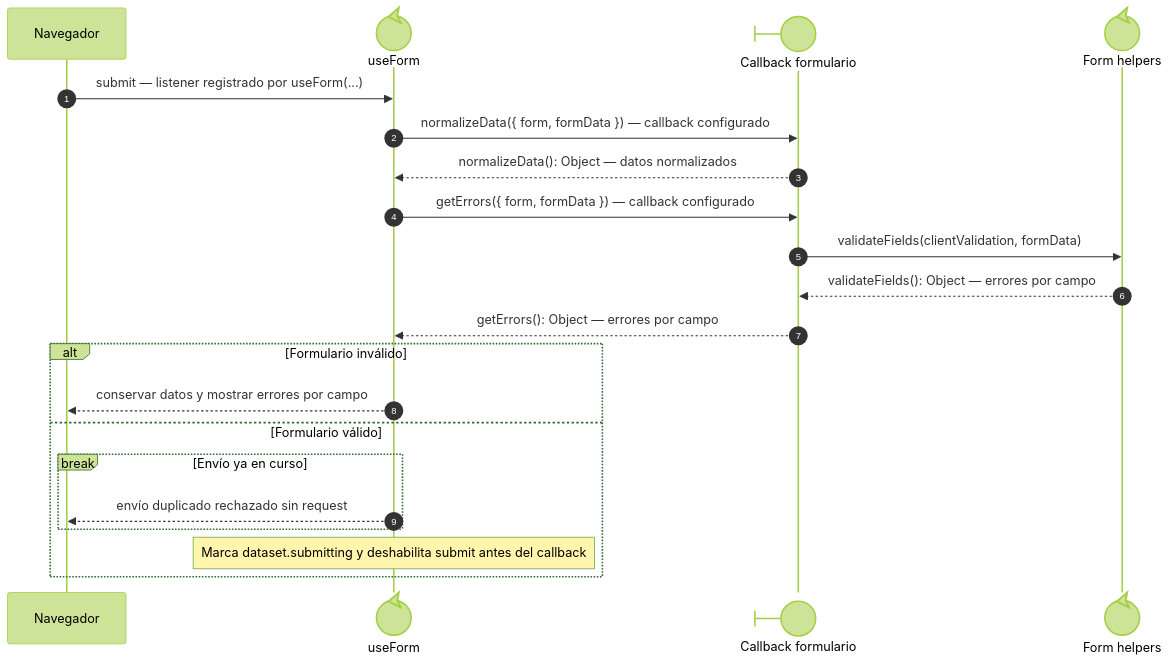
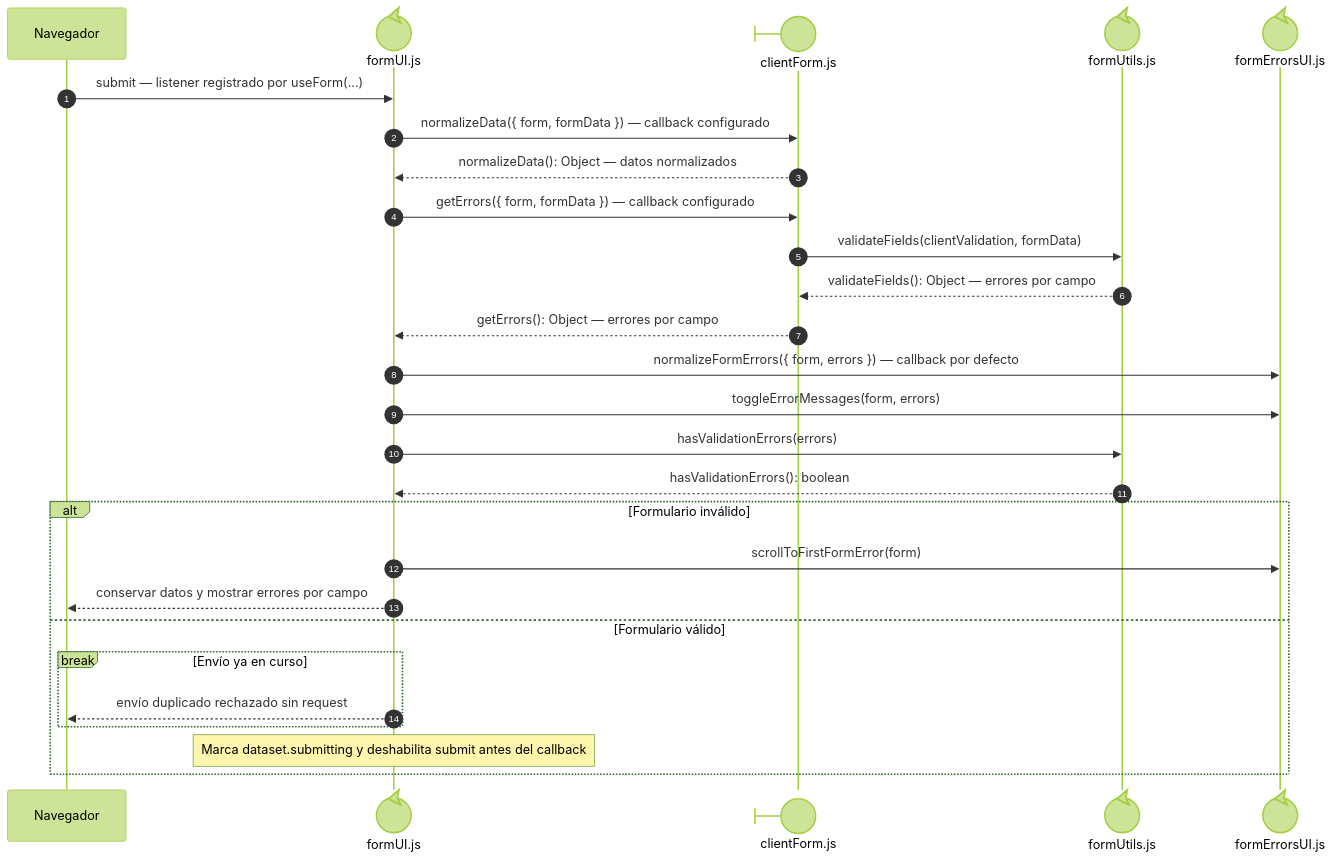
The third of 5 diagrams in docs/architecture/views/processes/frontend-code-sequences/catalogs/cu-cat-06.md (gpgsistemas01/nexus), drawn with Mermaid (forest theme) before and after one commit. The commit also changed other lines of this file and 192 other files, not shown here.

Commit message:
docs: make sequence file ownership explicit and align code flows

````diff
--- a/docs/architecture/views/processes/frontend-code-sequences/catalogs/cu-cat-06.md
+++ b/docs/architecture/views/processes/frontend-code-sequences/catalogs/cu-cat-06.md
@@ -69,24 +160,31 @@
 ```mermaid
 sequenceDiagram
     autonumber
     participant Browser as Navegador
-    participant Form@{ "type": "control" } as useForm
-    participant View@{ "type": "boundary" } as Callback formulario
-    participant FormUtils@{ "type": "control" } as Form helpers
+    participant Form@{ "type": "control" } as formUI.js
+    participant View@{ "type": "boundary" } as clientForm.js
+    participant FormUtils@{ "type": "control" } as formUtils.js
+
+    participant FileFormErrorsUI@{ "type": "control" } as formErrorsUI.js
 
     Browser->>Form: submit — listener registrado por useForm(...)
     Form->>View: normalizeData({ form, formData }) — callback configurado
     View-->>Form: normalizeData(): Object — datos normalizados
     Form->>View: getErrors({ form, formData }) — callback configurado
     View->>FormUtils: validateFields(clientValidation, formData)
     FormUtils-->>View: validateFields(): Object — errores por campo
     View-->>Form: getErrors(): Object — errores por campo
+    Form->>FileFormErrorsUI: normalizeFormErrors({ form, errors }) — callback por defecto
+    Form->>FileFormErrorsUI: toggleErrorMessages(form, errors)
+    Form->>FormUtils: hasValidationErrors(errors)
+    FormUtils-->>Form: hasValidationErrors(): boolean
     alt Formulario inválido
+        Form->>FileFormErrorsUI: scrollToFirstFormError(form)
         Form-->>Browser: conservar datos y mostrar errores por campo
     else Formulario válido
         break Envío ya en curso
             Form-->>Browser: envío duplicado rechazado sin request
     end
         Note over Form: Marca dataset.submitting y deshabilita submit antes del callback
     end
 ```
````
